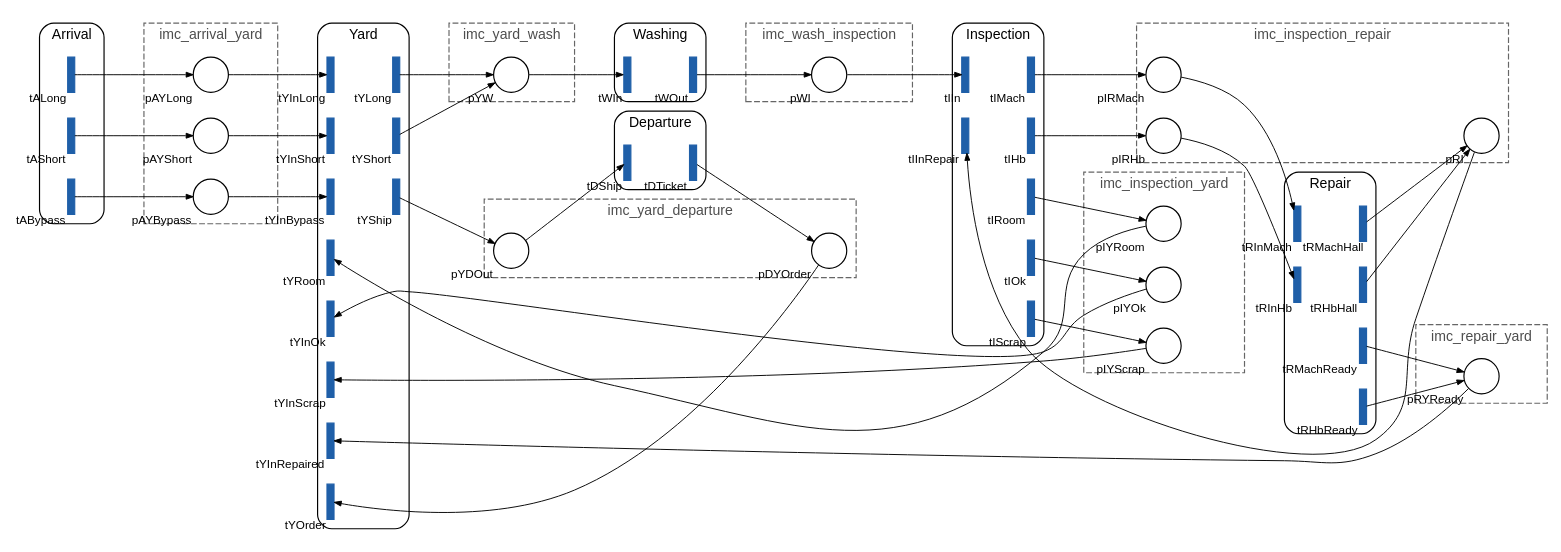
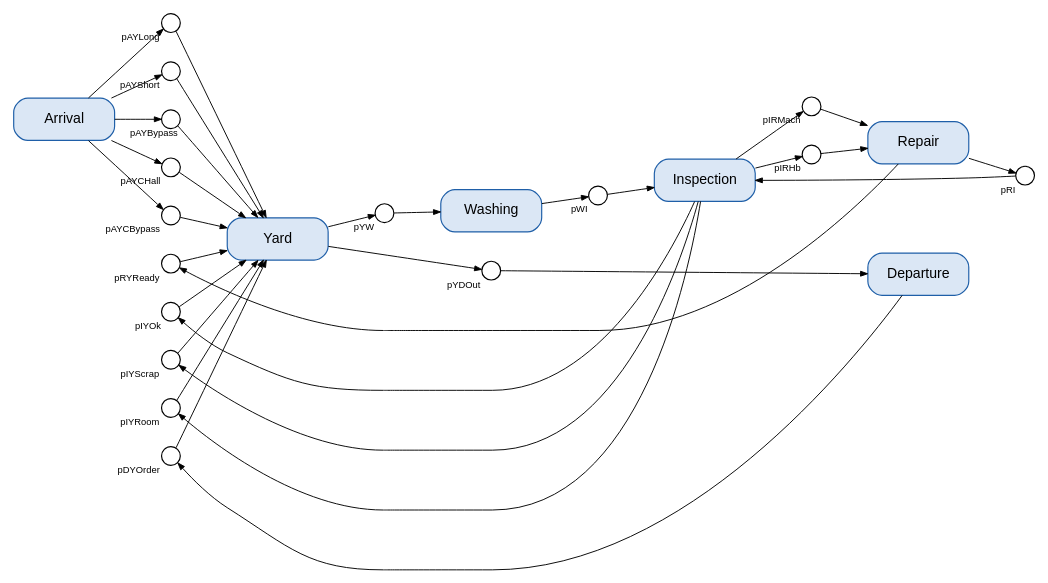
One commit to DanyGoT/DAT530-Project changed the diagram in figures/nets/overview.dot. Above: the diagram before and after it, drawn with Graphviz. The commit also changed 21 other files, not shown here.

First line of the commit message:
feat(figures): net drawings made from the PDFs (net_dot)

```diff
--- a/figures/nets/overview.dot
+++ b/figures/nets/overview.dot
@@ -1,123 +1,63 @@
-// The whole net (project_pn.m): each module shows only its ports, input
-// ports left and output ports right; each inter-modular connector (imc/)
-// shows only its places.
-// Solid boxes: modules. Dashed boxes: connectors. Bars: port transitions.
-// The main flow runs straight along the top (group=main); arcs back to the
-// yard don't set the left-to-right order (constraint=false) and enter each
-// column below it. The invisible same-rank chains fix the order of the ports
-// in a column; inside these clusters dot stacks them bottom to top.
+// The whole net (model_pdfs.m), made by analysis/net_dot.m from the PDFs:
+// each module as a box, each connector place (imc/) as a circle.
 digraph Overview {
-  rankdir=LR; nodesep=0.3; ranksep=0.7; forcelabels=true; newrank=true;
-  fontname="Helvetica"; fontsize=12;
-  node [fontname="Helvetica", fontsize=10, label=""];
+  rankdir=LR; nodesep=0.35; ranksep=0.55; forcelabels=true;
+  fontname="Helvetica";
+  node [fontname="Helvetica", fontsize=10];
   edge [arrowsize=0.6, penwidth=0.8];
-
-  // ---------- modules (ports only)
-  node [shape=box, style=filled, fixedsize=true, width=0.08, height=0.42,
-        color="#1f5fa8", fillcolor="#1f5fa8"];
-
-  subgraph cluster_Arrival {
-    label="Arrival"; style=rounded; color=black;
-    tALong [xlabel="tALong", group=main]; tAShort [xlabel="tAShort"]; tABypass [xlabel="tABypass"];
-    { rank=same; tABypass -> tAShort -> tALong [style=invis]; }
-  }
-
-  subgraph cluster_Yard {
-    label="Yard"; style=rounded; color=black;
-    tYInLong [xlabel="tYInLong", group=main]; tYInShort [xlabel="tYInShort"];
-    tYInBypass [xlabel="tYInBypass"]; tYRoom [xlabel="tYRoom"]; tYInOk [xlabel="tYInOk"];
-    tYInScrap [xlabel="tYInScrap"]; tYInRepaired [xlabel="tYInRepaired"]; tYOrder [xlabel="tYOrder"];
-    tYLong [xlabel="tYLong", group=main]; tYShort [xlabel="tYShort"]; tYShip [xlabel="tYShip"];
-    { rank=same; tYOrder -> tYInRepaired -> tYInScrap -> tYInOk -> tYRoom
-                 -> tYInBypass -> tYInShort -> tYInLong [style=invis]; }
-    { rank=same; tYShip -> tYShort -> tYLong [style=invis]; }
-    tYInLong -> tYLong [style=invis, weight=10];
-  }
-
-  subgraph cluster_Washing {
-    label="Washing"; style=rounded; color=black;
-    tWIn [xlabel="tWIn", group=main]; tWOut [xlabel="tWOut", group=main];
-    tWIn -> tWOut [style=invis, weight=10];
-  }
-
-  subgraph cluster_Inspection {
-    label="Inspection"; style=rounded; color=black;
-    tIIn [xlabel="tIIn", group=main]; tIInRepair [xlabel="tIInRepair"];
-    tIMach [xlabel="tIMach", group=main]; tIHb [xlabel="tIHb"]; tIOk [xlabel="tIOk"];
-    tIScrap [xlabel="tIScrap"]; tIRoom [xlabel="tIRoom"];
-    { rank=same; tIInRepair -> tIIn [style=invis]; }
-    { rank=same; tIScrap -> tIOk -> tIRoom -> tIHb -> tIMach [style=invis]; }
-    tIIn -> tIMach [style=invis, weight=10];
-  }
-
-  subgraph cluster_Repair {
-    label="Repair"; style=rounded; color=black;
-    tRInMach [xlabel="tRInMach", group=main]; tRInHb [xlabel="tRInHb"];
-    tRMachHall [xlabel="tRMachHall", group=main]; tRHbHall [xlabel="tRHbHall"];
-    tRMachReady [xlabel="tRMachReady"]; tRHbReady [xlabel="tRHbReady"];
-    { rank=same; tRInHb -> tRInMach [style=invis]; }
-    { rank=same; tRHbReady -> tRMachReady -> tRHbHall -> tRMachHall [style=invis]; }
-    tRInMach -> tRMachHall [style=invis, weight=10];
-  }
-
-  subgraph cluster_Departure {
-    label="Departure"; style=rounded; color=black;
-    tDShip [xlabel="tDShip"]; tDTicket [xlabel="tDTicket"];
-    tDShip -> tDTicket [style=invis];
-  }
-
-  // ---------- connectors (places only)
-  node [shape=circle, fixedsize=true, width=0.32, style="", color=black, fillcolor=white];
-
-  subgraph cluster_imc_arrival_yard {
-    label="imc_arrival_yard"; style=dashed; color=gray40; fontcolor=gray30;
-    pAYLong [xlabel="pAYLong", group=main]; pAYShort [xlabel="pAYShort"]; pAYBypass [xlabel="pAYBypass"];
-    { rank=same; pAYBypass -> pAYShort -> pAYLong [style=invis]; }
-  }
-  subgraph cluster_imc_yard_wash {
-    label="imc_yard_wash"; style=dashed; color=gray40; fontcolor=gray30;
-    pYW [xlabel="pYW", group=main];
-  }
-  subgraph cluster_imc_wash_inspection {
-    label="imc_wash_inspection"; style=dashed; color=gray40; fontcolor=gray30;
-    pWI [xlabel="pWI", group=main];
-  }
-  subgraph cluster_imc_inspection_repair {
-    label="imc_inspection_repair"; style=dashed; color=gray40; fontcolor=gray30;
-    pIRMach [xlabel="pIRMach", group=main]; pIRHb [xlabel="pIRHb"]; pRI [xlabel="pRI", group=main];
-    { rank=same; pIRHb -> pIRMach [style=invis]; }
-  }
-  subgraph cluster_imc_inspection_yard {
-    label="imc_inspection_yard"; style=dashed; color=gray40; fontcolor=gray30;
-    pIYOk [xlabel="pIYOk"]; pIYScrap [xlabel="pIYScrap"]; pIYRoom [xlabel="pIYRoom"];
-    { rank=same; pIYScrap -> pIYOk -> pIYRoom [style=invis]; }
-  }
-  subgraph cluster_imc_repair_yard {
-    label="imc_repair_yard"; style=dashed; color=gray40; fontcolor=gray30;
-    pRYReady [xlabel="pRYReady"];
-  }
-  subgraph cluster_imc_yard_departure {
-    label="imc_yard_departure"; style=dashed; color=gray40; fontcolor=gray30;
-    pYDOut [xlabel="pYDOut"]; pDYOrder [xlabel="pDYOrder"];
-  }
-
-  // ---------- arcs (all in imc/)
-  tALong -> pAYLong -> tYInLong;
-  tAShort -> pAYShort -> tYInShort;
-  tABypass -> pAYBypass -> tYInBypass;
-
-  tYLong -> pYW;  tYShort -> pYW;  pYW -> tWIn;
-  tWOut -> pWI -> tIIn;
-
-  tIMach -> pIRMach -> tRInMach;
-  tIHb -> pIRHb -> tRInHb;
-  tRMachHall -> pRI;  tRHbHall -> pRI;  pRI -> tIInRepair [constraint=false];
-
-  tIOk -> pIYOk;  pIYOk -> tYInOk [constraint=false];
-  tIScrap -> pIYScrap;  pIYScrap -> tYInScrap [constraint=false];
-  tIRoom -> pIYRoom;  pIYRoom -> tYRoom [constraint=false];
-  tRMachReady -> pRYReady;  tRHbReady -> pRYReady;  pRYReady -> tYInRepaired [constraint=false];
-
-  tYShip -> pYDOut -> tDShip;
-  tDTicket -> pDYOrder;  pDYOrder -> tYOrder [constraint=false];
+  "Arrival" [shape=box, style="rounded,filled", fillcolor="#dbe7f5", color="#1f5fa8", fontsize=12, width=1.2, height=0.5];
+  "Yard" [shape=box, style="rounded,filled", fillcolor="#dbe7f5", color="#1f5fa8", fontsize=12, width=1.2, height=0.5];
+  "Washing" [shape=box, style="rounded,filled", fillcolor="#dbe7f5", color="#1f5fa8", fontsize=12, width=1.2, height=0.5];
+  "Inspection" [shape=box, style="rounded,filled", fillcolor="#dbe7f5", color="#1f5fa8", fontsize=12, width=1.2, height=0.5];
+  "Repair" [shape=box, style="rounded,filled", fillcolor="#dbe7f5", color="#1f5fa8", fontsize=12, width=1.2, height=0.5];
+  "Departure" [shape=box, style="rounded,filled", fillcolor="#dbe7f5", color="#1f5fa8", fontsize=12, width=1.2, height=0.5];
+  { rank=same; "Repair"; "Departure"; }
+  "pAYLong" [shape=circle, fixedsize=true, width=0.22, label="", xlabel="pAYLong", fontsize=8];
+  "Arrival" -> "pAYLong";
+  "pAYLong" -> "Yard";
+  "pAYShort" [shape=circle, fixedsize=true, width=0.22, label="", xlabel="pAYShort", fontsize=8];
+  "Arrival" -> "pAYShort";
+  "pAYShort" -> "Yard";
+  "pAYBypass" [shape=circle, fixedsize=true, width=0.22, label="", xlabel="pAYBypass", fontsize=8];
+  "Arrival" -> "pAYBypass";
+  "pAYBypass" -> "Yard";
+  "pAYCHall" [shape=circle, fixedsize=true, width=0.22, label="", xlabel="pAYCHall", fontsize=8];
+  "Arrival" -> "pAYCHall";
+  "pAYCHall" -> "Yard";
+  "pAYCBypass" [shape=circle, fixedsize=true, width=0.22, label="", xlabel="pAYCBypass", fontsize=8];
+  "Arrival" -> "pAYCBypass";
+  "pAYCBypass" -> "Yard";
+  "pYW" [shape=circle, fixedsize=true, width=0.22, label="", xlabel="pYW", fontsize=8];
+  "Yard" -> "pYW";
+  "pYW" -> "Washing";
+  "pWI" [shape=circle, fixedsize=true, width=0.22, label="", xlabel="pWI", fontsize=8];
+  "Washing" -> "pWI";
+  "pWI" -> "Inspection";
+  "pIYOk" [shape=circle, fixedsize=true, width=0.22, label="", xlabel="pIYOk", fontsize=8];
+  "Inspection" -> "pIYOk" [constraint=false];
+  "pIYOk" -> "Yard";
+  "pIYScrap" [shape=circle, fixedsize=true, width=0.22, label="", xlabel="pIYScrap", fontsize=8];
+  "Inspection" -> "pIYScrap" [constraint=false];
+  "pIYScrap" -> "Yard";
+  "pIYRoom" [shape=circle, fixedsize=true, width=0.22, label="", xlabel="pIYRoom", fontsize=8];
+  "Inspection" -> "pIYRoom" [constraint=false];
+  "pIYRoom" -> "Yard";
+  "pIRMach" [shape=circle, fixedsize=true, width=0.22, label="", xlabel="pIRMach", fontsize=8];
+  "Inspection" -> "pIRMach";
+  "pIRMach" -> "Repair";
+  "pIRHb" [shape=circle, fixedsize=true, width=0.22, label="", xlabel="pIRHb", fontsize=8];
+  "Inspection" -> "pIRHb";
+  "pIRHb" -> "Repair";
+  "pRI" [shape=circle, fixedsize=true, width=0.22, label="", xlabel="pRI", fontsize=8];
+  "Repair" -> "pRI";
+  "pRI" -> "Inspection";
+  "pRYReady" [shape=circle, fixedsize=true, width=0.22, label="", xlabel="pRYReady", fontsize=8];
+  "Repair" -> "pRYReady" [constraint=false];
+  "pRYReady" -> "Yard";
+  "pDYOrder" [shape=circle, fixedsize=true, width=0.22, label="", xlabel="pDYOrder", fontsize=8];
+  "Departure" -> "pDYOrder" [constraint=false];
+  "pDYOrder" -> "Yard";
+  "pYDOut" [shape=circle, fixedsize=true, width=0.22, label="", xlabel="pYDOut", fontsize=8];
+  "Yard" -> "pYDOut";
+  "pYDOut" -> "Departure";
 }
```
